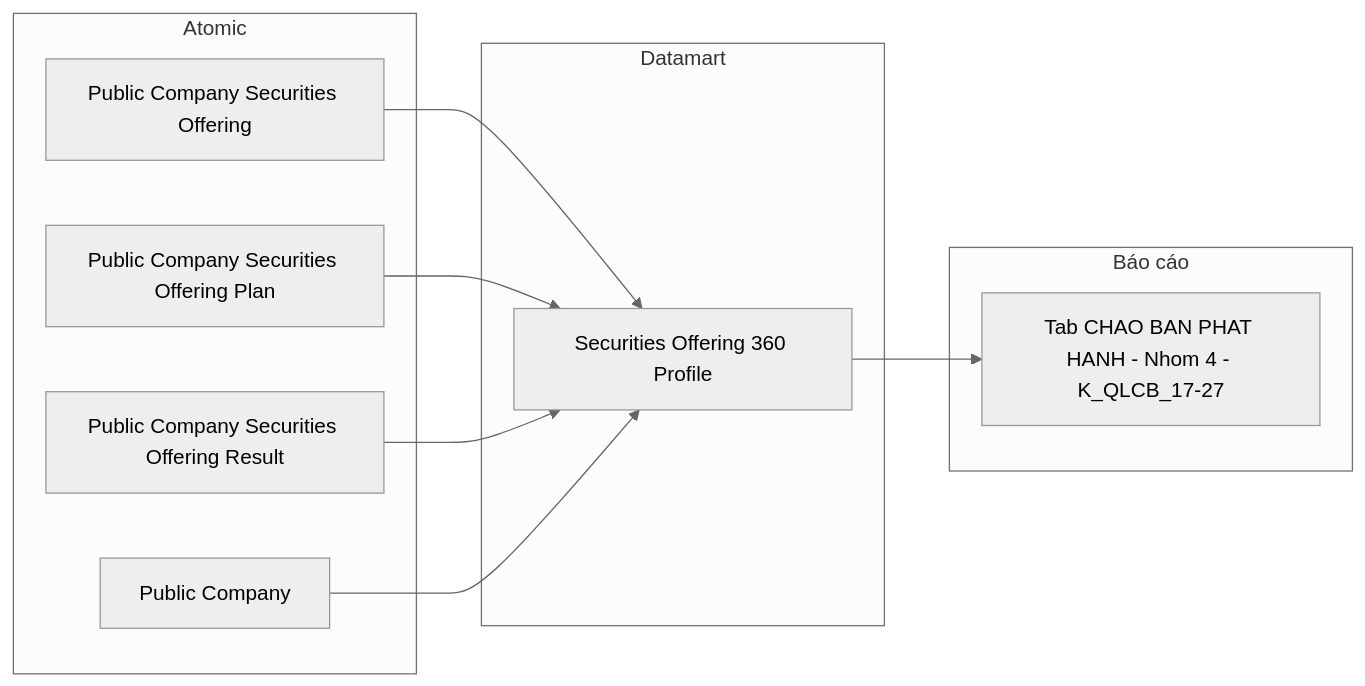
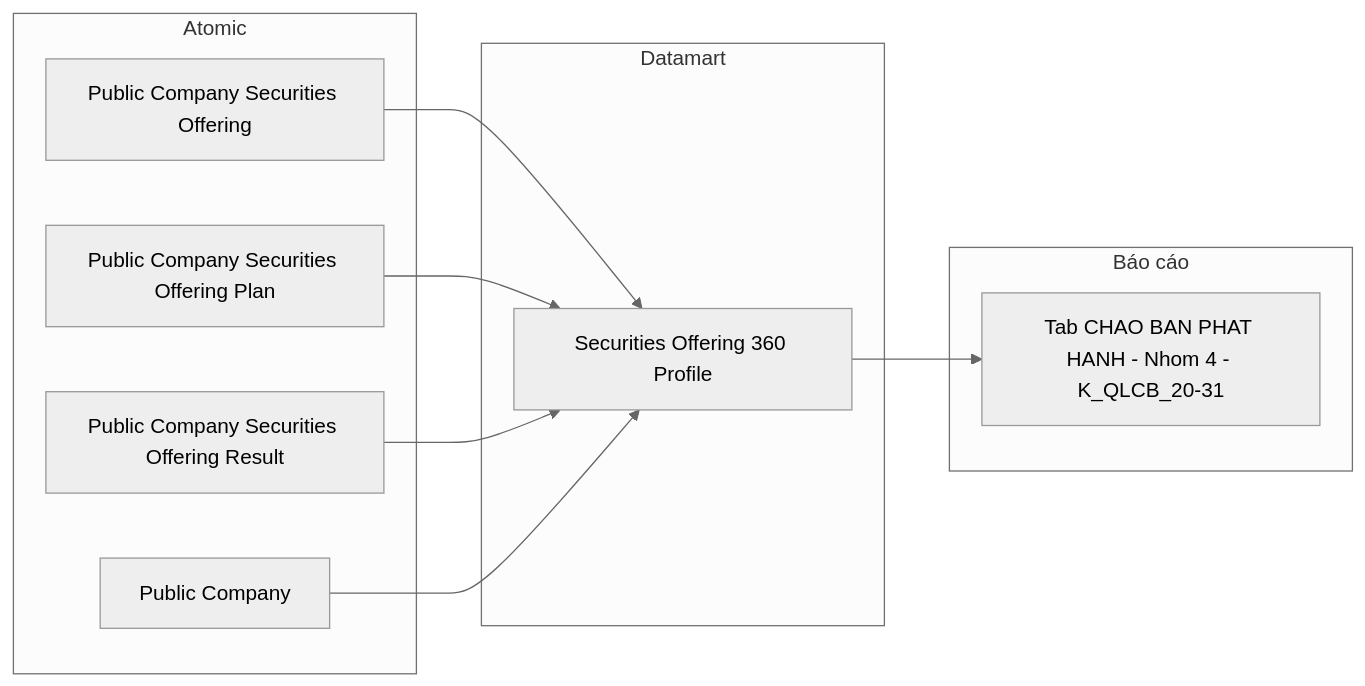
Before and after one commit to linhlvit/ubck_atomic_design: diagram 13 of 22 in Datamart/hld/DTM_QLCB_HLD.md, drawn with Mermaid (neutral theme). The commit also changed other lines of this file and 17 other files, not shown here.

````diff
--- a/Datamart/hld/DTM_QLCB_HLD.md
+++ b/Datamart/hld/DTM_QLCB_HLD.md
@@ -556,20 +653,20 @@
 ```mermaid
 flowchart LR
     subgraph SIL["Atomic"]
         SV1["Public Company Securities Offering"]
         SV1c["Public Company Securities Offering Plan"]
         SV1b["Public Company Securities Offering Result"]
         SV2["Public Company"]
     end
     subgraph Datamart["Datamart"]
         G1["Securities Offering 360 Profile"]
     end
     subgraph RPT["Báo cáo"]
-        R4["Tab CHAO BAN PHAT HANH - Nhom 4 - K_QLCB_17-27"]
+        R4["Tab CHAO BAN PHAT HANH - Nhom 4 - K_QLCB_20-31"]
     end
     SV1 --> G1
     SV1c --> G1
     SV1b --> G1
     SV2 --> G1
     G1 --> R4
 ```
````
